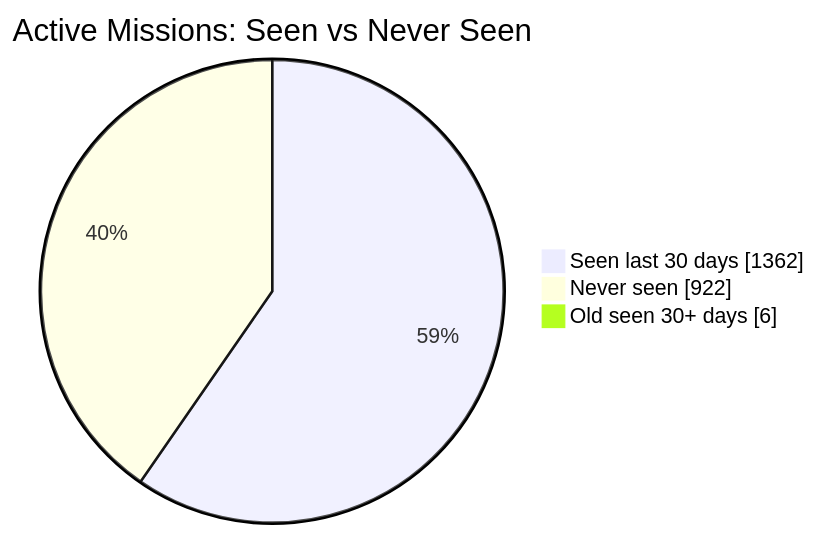
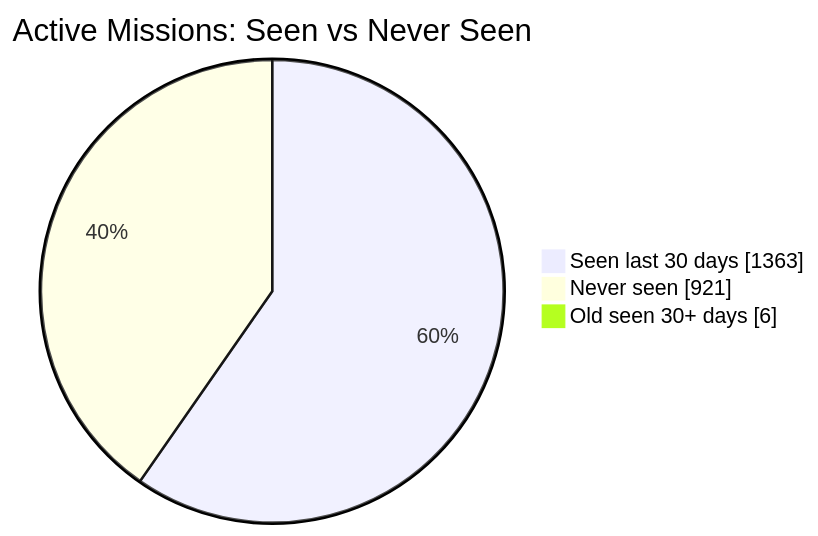
One commit to MeldkamerspelGameTeam/active-missions changed the first of 2 diagrams in README.md. Above: the diagram before and after it, drawn with Mermaid. The commit also changed other lines of this file and 3 other files, not shown here.

````diff
--- a/README.md
+++ b/README.md
@@ -34,7 +34,7 @@
 ```mermaid
 pie showData
     title Active Missions: Seen vs Never Seen
-    "Seen last 30 days" : 1362
-    "Never seen" : 922
+    "Seen last 30 days" : 1363
+    "Never seen" : 921
     "Old seen 30+ days" : 6
 ```
````
